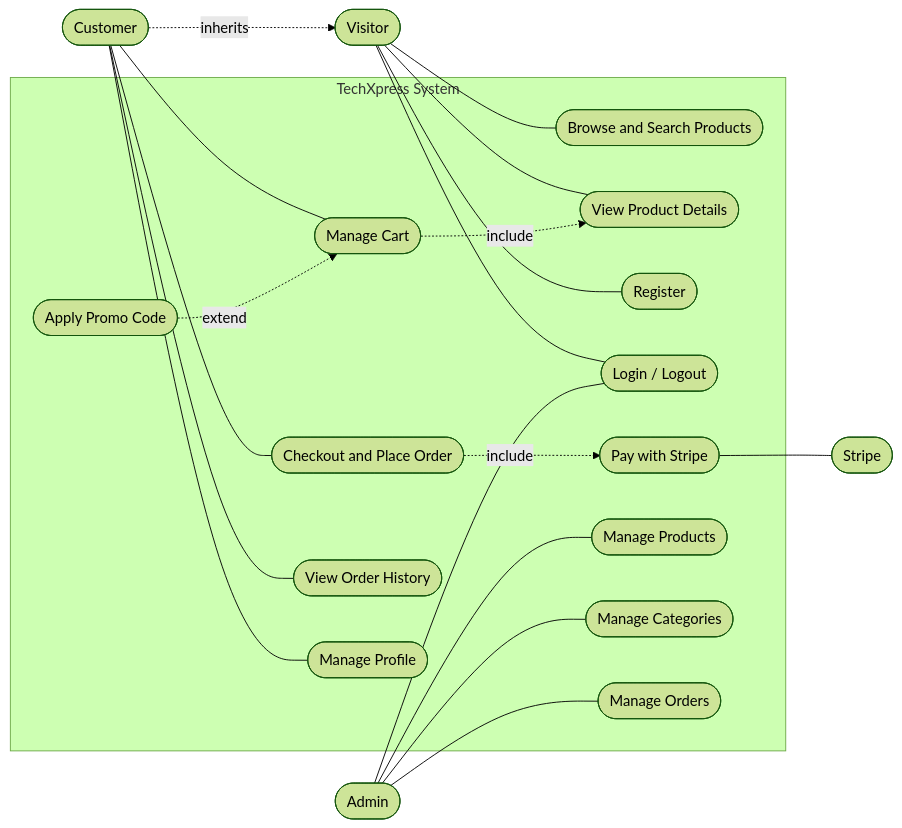
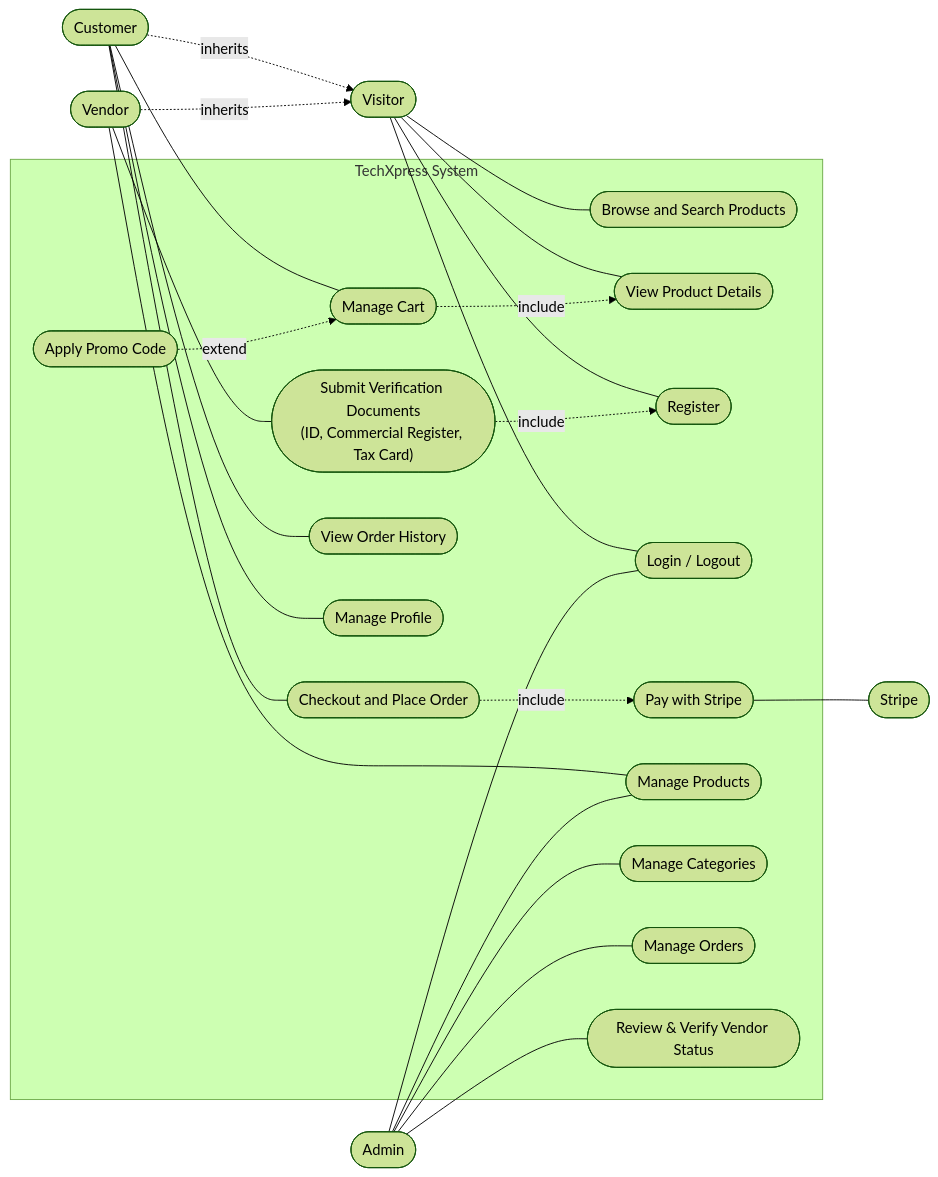
Before and after one commit to ahmadalrudiny/Techxpress_DEPI_Project: the diagram in docs/System-Analysis-Design/02-Use-Cases.md, drawn with Mermaid (forest theme). The commit also changed other lines of this file, not shown here.

````diff
--- a/docs/System-Analysis-Design/02-Use-Cases.md
+++ b/docs/System-Analysis-Design/02-Use-Cases.md
@@ -16,41 +17,49 @@
 ```mermaid
 flowchart LR
     V(["Visitor"])
     C(["Customer"])
+    Ven(["Vendor"])
     A(["Admin"])
     S(["Stripe"])
 
     subgraph SYS["TechXpress System"]
         UC1(["Browse and Search Products"])
         UC2(["View Product Details"])
         UC3(["Register"])
         UC4(["Login / Logout"])
         UC5(["Manage Cart"])
         UC5b(["Apply Promo Code"])
         UC6(["Checkout and Place Order"])
         UC7(["Pay with Stripe"])
         UC8(["View Order History"])
         UC9(["Manage Profile"])
         UC10(["Manage Products"])
         UC11(["Manage Categories"])
         UC12(["Manage Orders"])
+        UC13(["Submit Verification Documents<br/>(ID, Commercial Register, Tax Card)"])
+        UC14(["Review & Verify Vendor Status"])
     end
 
     V --- UC1
     V --- UC2
     V --- UC3
     V --- UC4
     C -.->|inherits| V
     C --- UC5
     C --- UC6
     C --- UC8
     C --- UC9
+    Ven -.->|inherits| V
+    Ven --- UC13
+    Ven --- UC10
+    UC13 -.->|include| UC3
     A --- UC4
     A --- UC10
     A --- UC11
     A --- UC12
+    A --- UC14
     UC5b -.->|extend| UC5
     UC6 -.->|include| UC7
     UC7 --- S
     UC5 -.->|include| UC2
 ```
````
